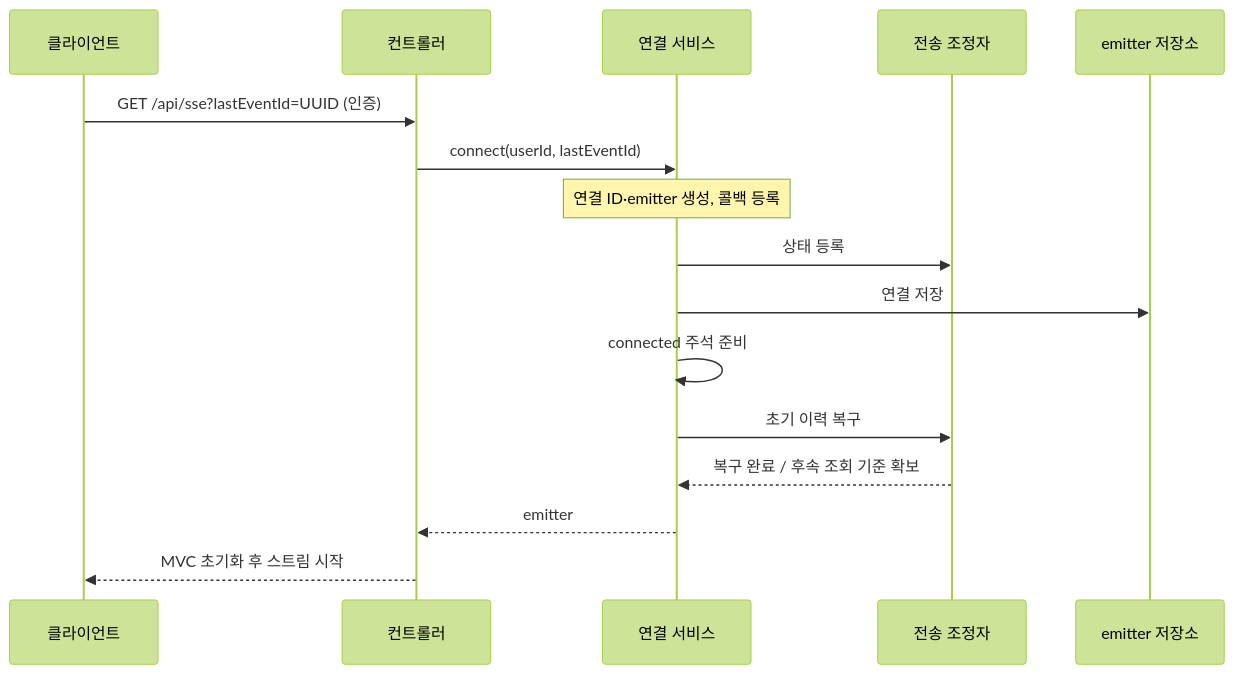
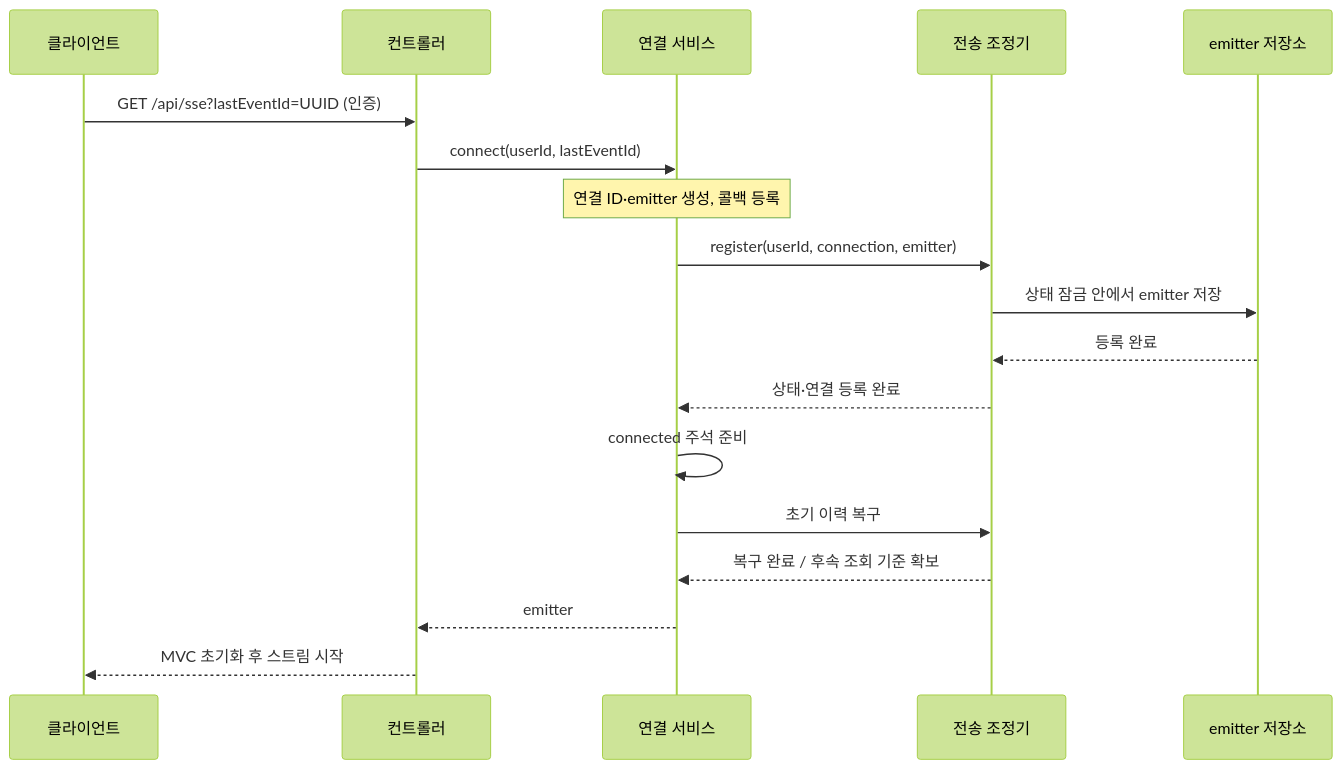
One commit to codeit-backend13-part4-team1/playlist_for_everyone changed the diagram in docs/sse/01-connection-lifecycle.md. Above: the diagram before and after it, drawn with Mermaid (forest theme). The commit also changed other lines of this file and 31 other files, not shown here.

````diff
--- a/docs/sse/01-connection-lifecycle.md
+++ b/docs/sse/01-connection-lifecycle.md
@@ -24,18 +24,20 @@
 ```mermaid
 sequenceDiagram
     participant B as 클라이언트
     participant C as 컨트롤러
     participant S as 연결 서비스
-    participant D as 전송 조정자
+    participant D as 전송 조정기
     participant R as emitter 저장소
     B->>C: GET /api/sse?lastEventId=UUID (인증)
     C->>S: connect(userId, lastEventId)
     Note over S: 연결 ID·emitter 생성, 콜백 등록
-    S->>D: 상태 등록
-    S->>R: 연결 저장
+    S->>D: register(userId, connection, emitter)
+    D->>R: 상태 잠금 안에서 emitter 저장
+    R-->>D: 등록 완료
+    D-->>S: 상태·연결 등록 완료
     S->>S: connected 주석 준비
     S->>D: 초기 이력 복구
     D-->>S: 복구 완료 / 후속 조회 기준 확보
     S-->>C: emitter
     C-->>B: MVC 초기화 후 스트림 시작
 ```
````
